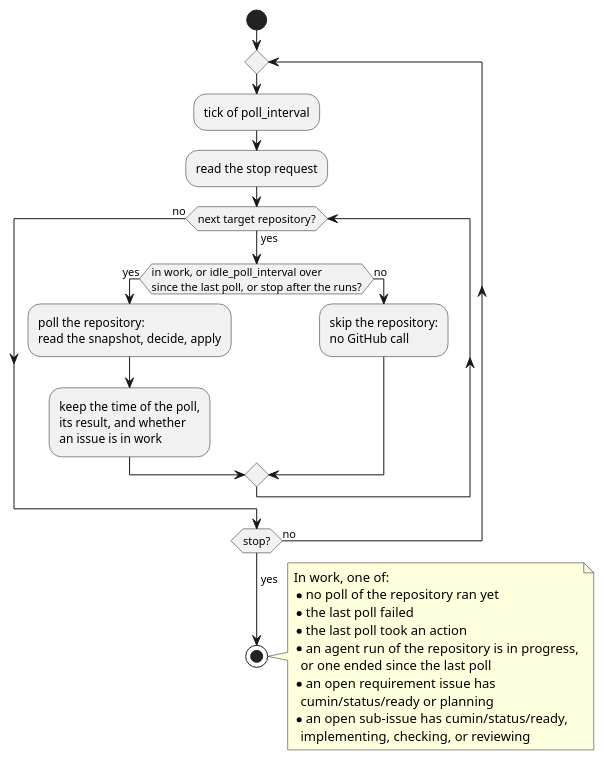
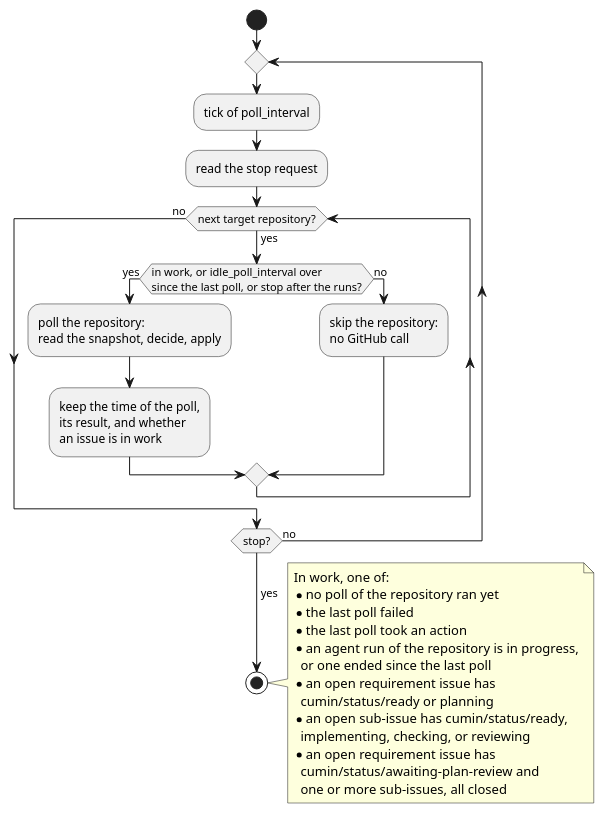
Before and after one commit to cloveclovedev/cumin-works: the diagram in docs/ja/designs/poll-interval.puml, drawn with PlantUML. The commit also changed 11 other files, not shown here.

First line of the commit message:
feat(workflow): count a plan review with every sub-issue closed as work that cumin moves on (#733)

```diff
--- a/docs/ja/designs/poll-interval.puml
+++ b/docs/ja/designs/poll-interval.puml
@@ -1,40 +1,43 @@
 @startuml poll-interval
 ' cumin works - the poll interval of a repository: every poll interval when in work, the idle poll interval otherwise.
 ' Document: poll.md, section on the poll interval.
 ' Render: run scripts/render-diagrams.sh at the root of the repository.
 skinparam shadowing false
 skinparam defaultFontName sans-serif
 
 start
 repeat
   :tick of poll_interval;
   :read the stop request;
   while (next target repository?) is (yes)
     if (in work, or idle_poll_interval over\nsince the last poll, or stop after the runs?) then (yes)
       :poll the repository:
       read the snapshot, decide, apply;
       :keep the time of the poll,
       its result, and whether
       an issue is in work;
     else (no)
       :skip the repository:
       no GitHub call;
     endif
   endwhile (no)
 repeat while (stop?) is (no)
 ->yes;
 stop
 
 note right
   In work, one of:
   * no poll of the repository ran yet
   * the last poll failed
   * the last poll took an action
   * an agent run of the repository is in progress,
     or one ended since the last poll
   * an open requirement issue has
     cumin/status/ready or planning
   * an open sub-issue has cumin/status/ready,
     implementing, checking, or reviewing
+  * an open requirement issue has
+    cumin/status/awaiting-plan-review and
+    one or more sub-issues, all closed
 end note
 @enduml
```
